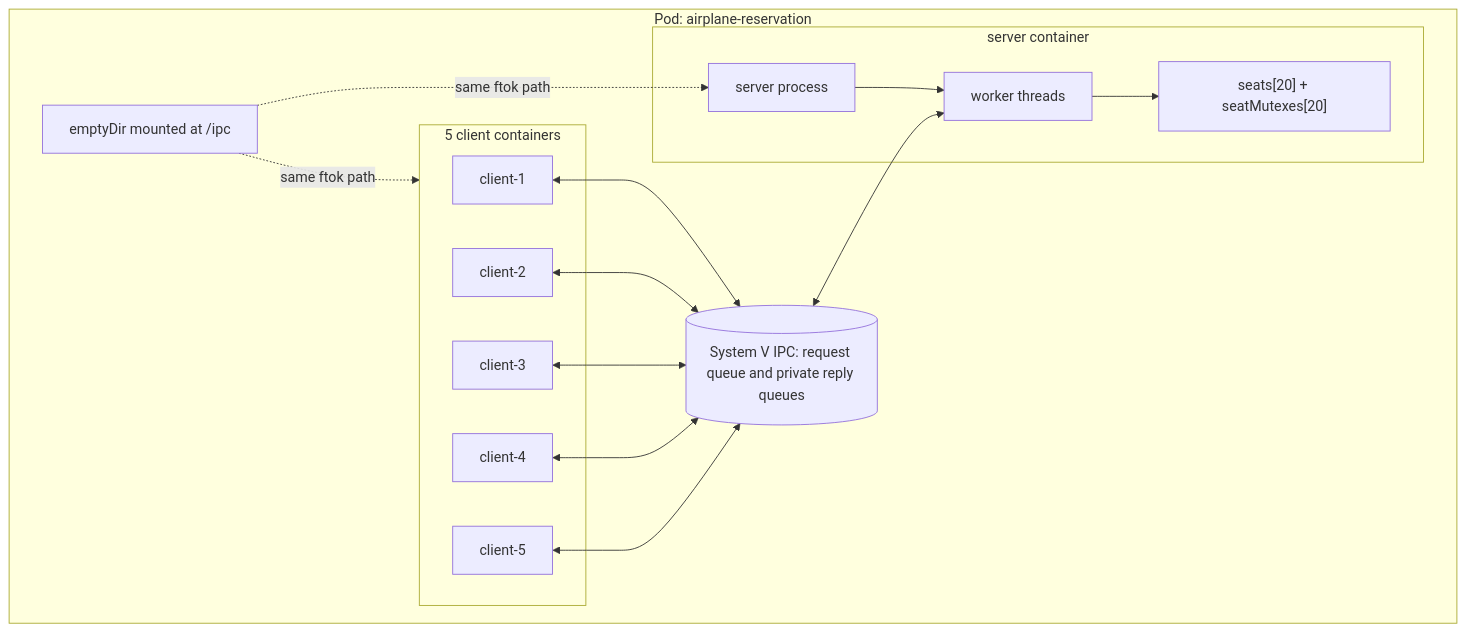
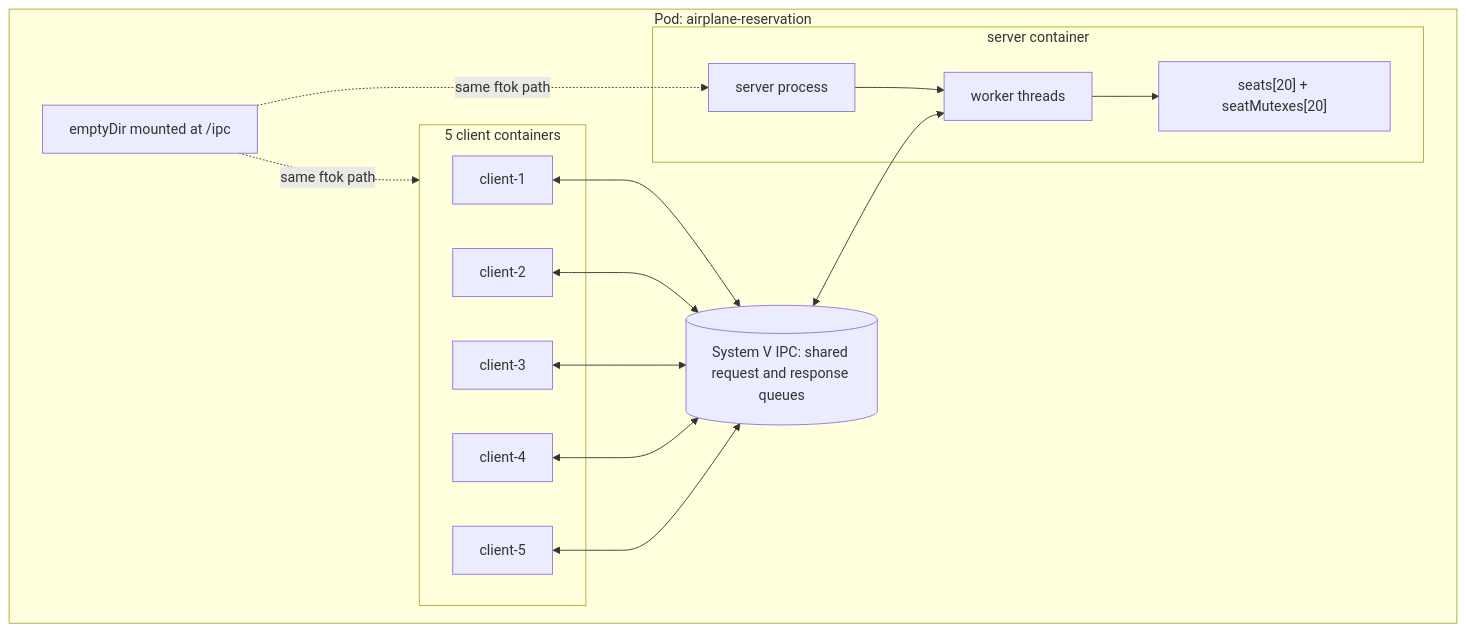
Before and after one commit to vixvify/airplane-booking: the second of 5 diagrams in docs/architecture.md, drawn with Mermaid. The commit also changed other lines of this file and 13 other files, not shown here.

Commit message:
refactor: replace private reply queues with shared response queues for improved IPC handling

````diff
--- a/docs/architecture.md
+++ b/docs/architecture.md
@@ -46,31 +46,31 @@
 ```mermaid
 flowchart TB
     subgraph Pod["Pod: airplane-reservation"]
         subgraph ServerContainer["server container"]
             Server["server process"]
             WorkerPool["worker threads"]
             SeatState["seats[20] + seatMutexes[20]"]
             Server --> WorkerPool --> SeatState
         end
 
         subgraph ClientContainers["5 client containers"]
             C1["client-1"]
             C2["client-2"]
             C3["client-3"]
             C4["client-4"]
             C5["client-5"]
         end
 
-        Queue[("System V IPC: request queue and private reply queues")]
+        Queue[("System V IPC: shared request and response queues")]
         SharedPath["emptyDir mounted at /ipc"]
 
         C1 <--> Queue
         C2 <--> Queue
         C3 <--> Queue
         C4 <--> Queue
         C5 <--> Queue
         Queue <--> WorkerPool
         SharedPath -. same ftok path .-> Server
         SharedPath -. same ftok path .-> ClientContainers
     end
 ```
````
